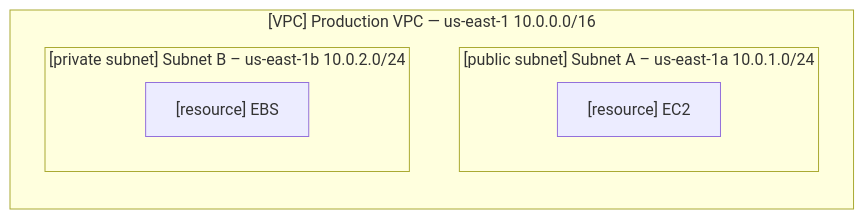
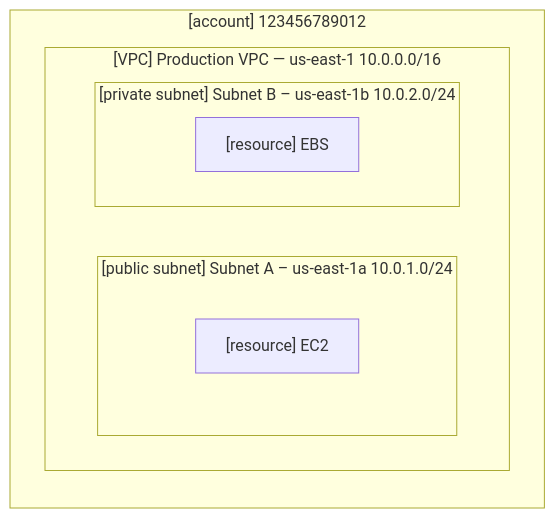
Before and after one commit to conmaol/maglocunus: the second of 6 diagrams in v/VPCs.md, drawn with Mermaid. The commit also changed other lines of this file, not shown here.

First line of the commit message:
Enhance VPC documentation clarity and examples

````diff
--- a/v/VPCs.md
+++ b/v/VPCs.md
@@ -49,11 +52,13 @@
 ```mermaid
 flowchart LR
-  subgraph "[VPC] Production VPC — us-east-1 10.0.0.0/16"
-    subgraph "[public subnet] Subnet A – us-east-1a 10.0.1.0/24"
-      EC2["`[resource] EC2`"]
-    end
-    subgraph "[private subnet] Subnet B  – us-east-1b 10.0.2.0/24"
-      EBS["`[resource] EBS`"]
+  subgraph "[account] 123456789012"
+    subgraph "[VPC] Production VPC — us-east-1 10.0.0.0/16"
+      subgraph "[public subnet] Subnet A – us-east-1a 10.0.1.0/24"
+        EC2["`[resource] EC2`"]
+      end
+      subgraph "[private subnet] Subnet B  – us-east-1b 10.0.2.0/24"
+        EBS["`[resource] EBS`"]
+      end
     end
   end
 ```
````
